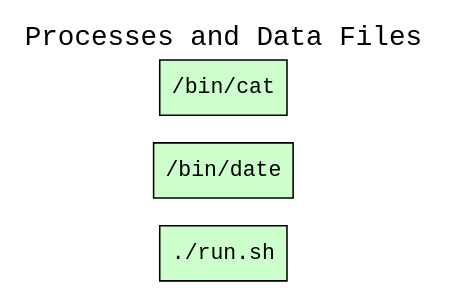
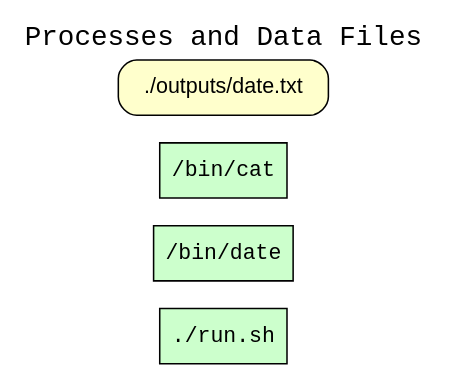
One commit to CIRSS/cpr changed the diagram in examples/04-date-to-file/graphs/wt_processes_and_data_files.dot. Above: the diagram before and after it, drawn with Graphviz. The commit also changed 10 other files, not shown here.

Commit message:
New graph now includes data file nodes.

```diff
--- a/examples/04-date-to-file/graphs/wt_processes_and_data_files.dot
+++ b/examples/04-date-to-file/graphs/wt_processes_and_data_files.dot
@@ -1,11 +1,13 @@
 
 digraph wt_run {
 rankdir=LR
 fontname=Courier; fontsize=18; labelloc=t
 label="Processes and Data Files"
 node[shape=box style="filled" fillcolor="#CCFFCC" peripheries=1 fontname=Courier]
 "exe:e1" [label="./run.sh"]
 "exe:e2" [label="/bin/date"]
 "exe:e3" [label="/bin/cat"]
 node[shape=box style="rounded,filled" fillcolor="#FFFFCC" peripheries=1 fontname=Helvetica]
+"access:i10" [label="./outputs/date.txt"]
+"access:i10" [label="./outputs/date.txt"]
 }
```
